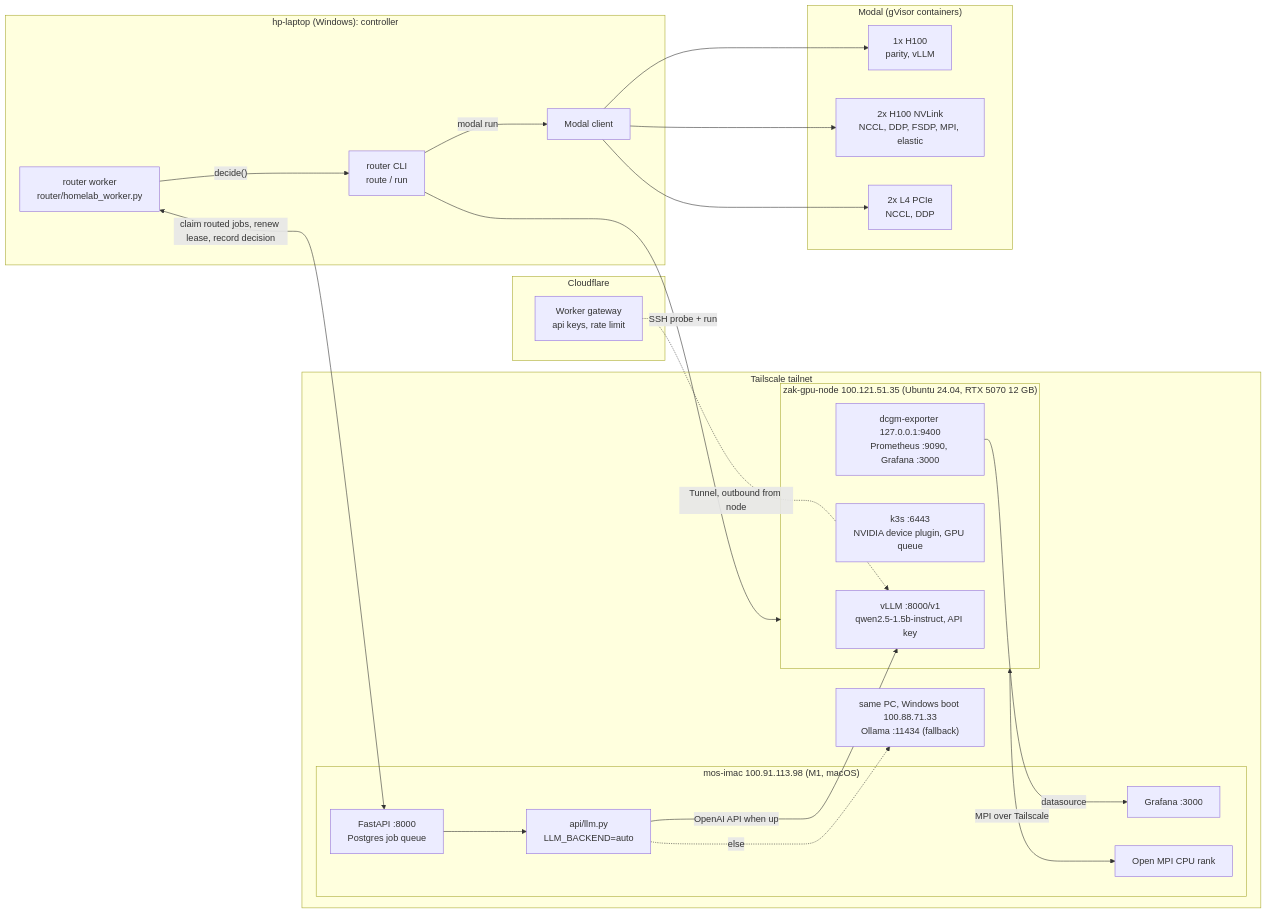
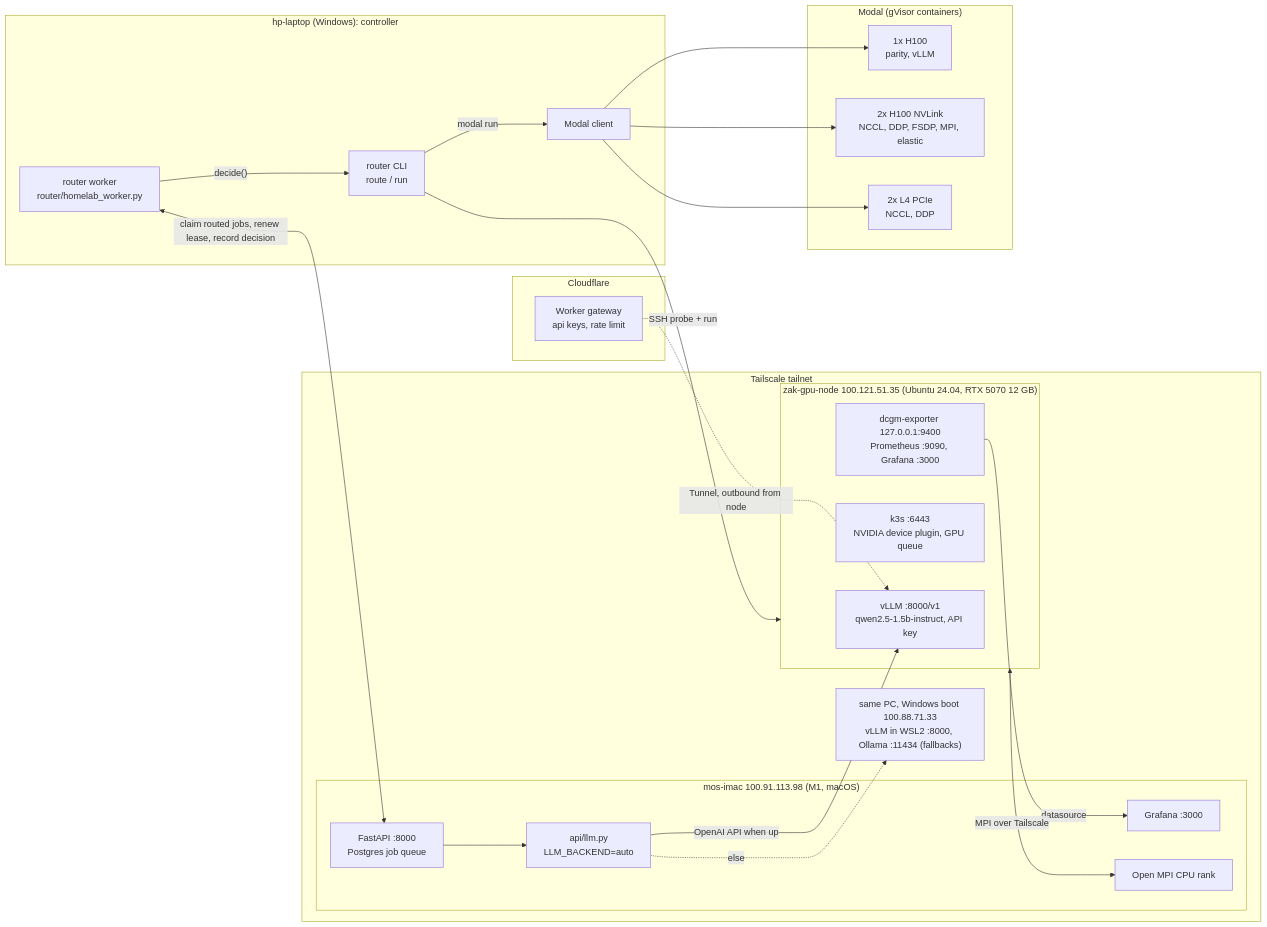
Before and after one commit to zakiscoding/gpu-systems-lab: the diagram in README.md, drawn with Mermaid. The commit also changed other lines of this file and 5 other files, not shown here.

````diff
--- a/README.md
+++ b/README.md
@@ -32,41 +32,41 @@
 ```mermaid
 flowchart LR
     subgraph Laptop["hp-laptop (Windows): controller"]
         RW["router worker<br/>router/homelab_worker.py"]
         R["router CLI<br/>route / run"]
         MC["Modal client"]
     end
     subgraph Tailnet["Tailscale tailnet"]
         subgraph IMac["mos-imac 100.91.113.98 (M1, macOS)"]
             API["FastAPI :8000<br/>Postgres job queue"]
             LLM["api/llm.py<br/>LLM_BACKEND=auto"]
             IG["Grafana :3000"]
             IR["Open MPI CPU rank"]
         end
         subgraph Node["zak-gpu-node 100.121.51.35 (Ubuntu 24.04, RTX 5070 12 GB)"]
             V["vLLM :8000/v1<br/>qwen2.5-1.5b-instruct, API key"]
             K["k3s :6443<br/>NVIDIA device plugin, GPU queue"]
             OBS["dcgm-exporter 127.0.0.1:9400<br/>Prometheus :9090, Grafana :3000"]
         end
-        OL["same PC, Windows boot 100.88.71.33<br/>Ollama :11434 (fallback)"]
+        OL["same PC, Windows boot 100.88.71.33<br/>vLLM in WSL2 :8000, Ollama :11434 (fallbacks)"]
     end
     subgraph CF["Cloudflare"]
         GW["Worker gateway<br/>api keys, rate limit"]
     end
     subgraph Modal["Modal (gVisor containers)"]
         H1["1x H100<br/>parity, vLLM"]
         H2["2x H100 NVLink<br/>NCCL, DDP, FSDP, MPI, elastic"]
         L4["2x L4 PCIe<br/>NCCL, DDP"]
     end
     RW <-- "claim routed jobs, renew lease, record decision" --> API
     RW -- "decide()" --> R
     R -- "SSH probe + run" --> Node
     R -- "modal run" --> MC
     MC --> H1 & H2 & L4
     API --> LLM
     LLM -- "OpenAI API when up" --> V
     LLM -. "else" .-> OL
     OBS -- "datasource" --> IG
     Node <-- "MPI over Tailscale" --> IR
     GW -. "Tunnel, outbound from node" .-> V
 ```
````
